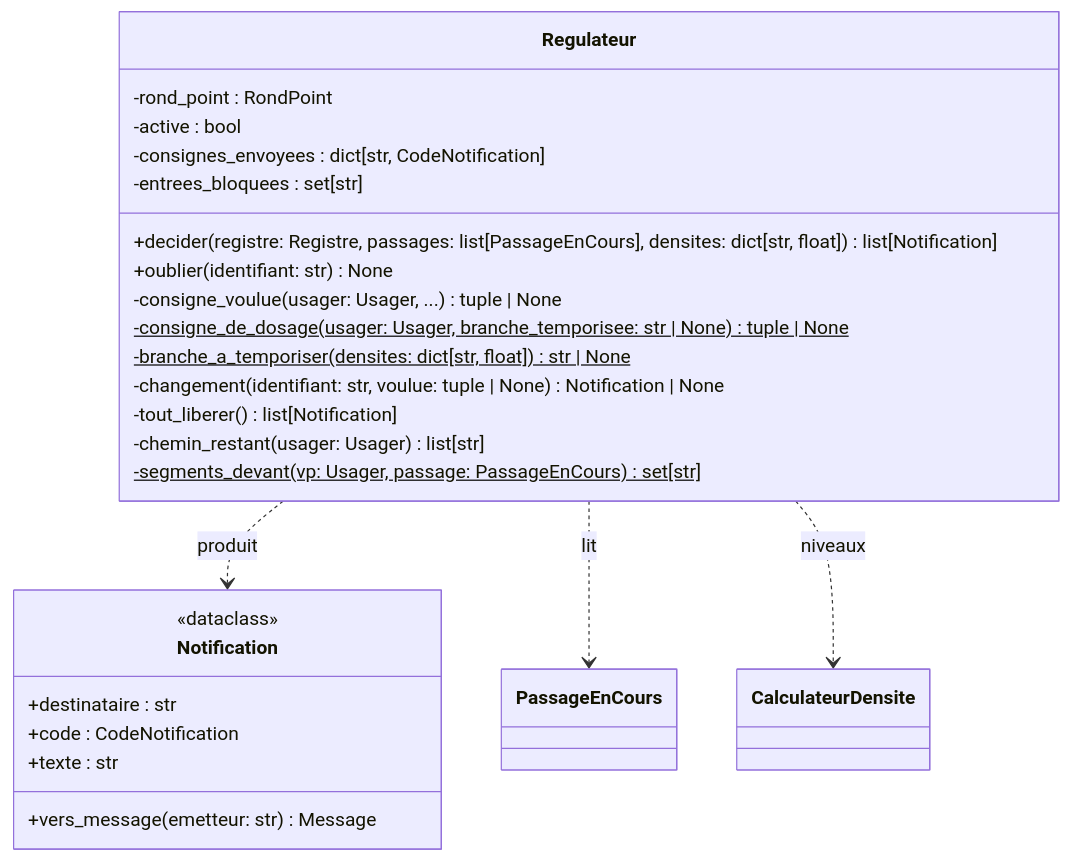
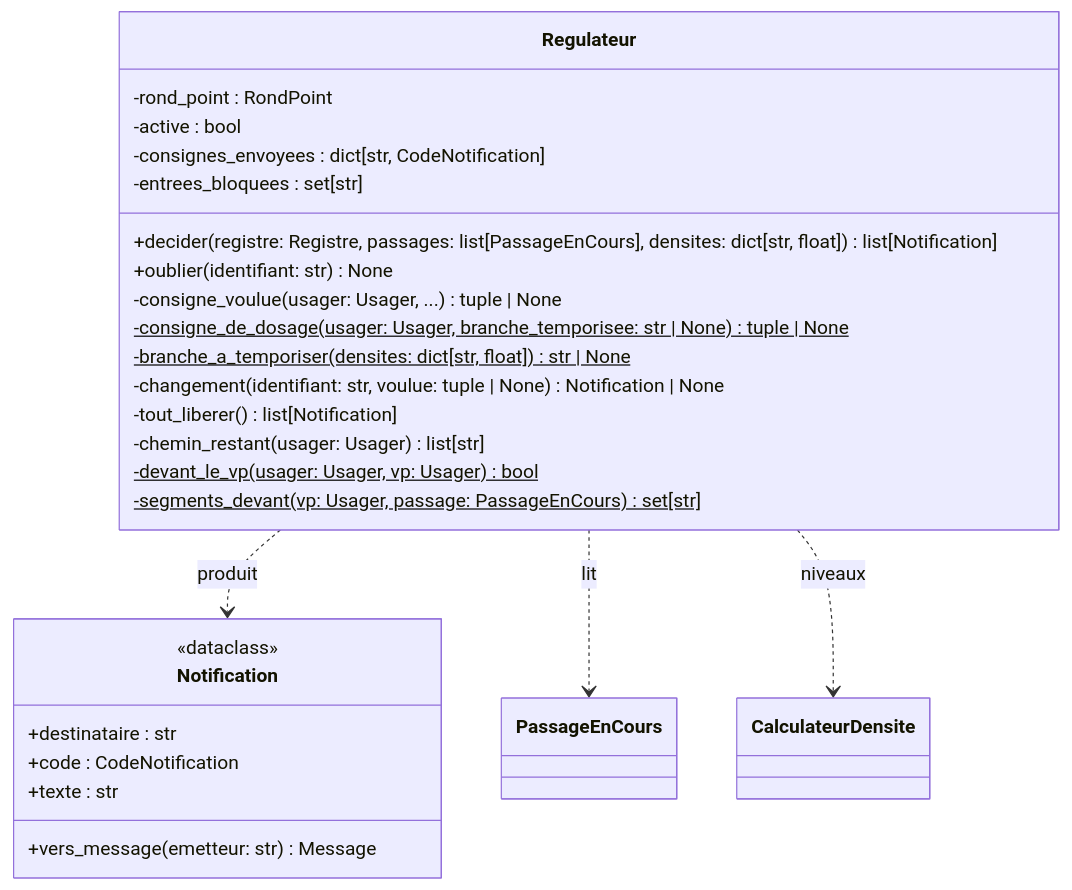
The ninth of 12 diagrams in docs/uml.md (vRayzix/SAE3.02_Developper-une-application-communicante), drawn with Mermaid before and after one commit. The commit also changed other lines of this file and 2 other files, not shown here.

First line of the commit message:
docs(protocole): CHANGEZ_VOIE range et arrête les usagers devant le VP

````diff
--- a/docs/uml.md
+++ b/docs/uml.md
@@ -608,30 +610,31 @@
 ```mermaid
 classDiagram
     class Regulateur {
         -rond_point : RondPoint
         -active : bool
         -consignes_envoyees : dict[str, CodeNotification]
         -entrees_bloquees : set[str]
         +decider(registre: Registre, passages: list[PassageEnCours], densites: dict[str, float]) list[Notification]
         +oublier(identifiant: str) None
         -consigne_voulue(usager: Usager, ...) tuple | None
         -consigne_de_dosage(usager: Usager, branche_temporisee: str | None) tuple | None$
         -branche_a_temporiser(densites: dict[str, float]) str | None$
         -changement(identifiant: str, voulue: tuple | None) Notification | None
         -tout_liberer() list[Notification]
         -chemin_restant(usager: Usager) list[str]
+        -devant_le_vp(usager: Usager, vp: Usager) bool$
         -segments_devant(vp: Usager, passage: PassageEnCours) set[str]$
     }
 
     class Notification {
         <<dataclass>>
         +destinataire : str
         +code : CodeNotification
         +texte : str
         +vers_message(emetteur: str) Message
     }
 
     Regulateur ..> Notification : produit
     Regulateur ..> PassageEnCours : lit
     Regulateur ..> CalculateurDensite : niveaux
 ```
````
